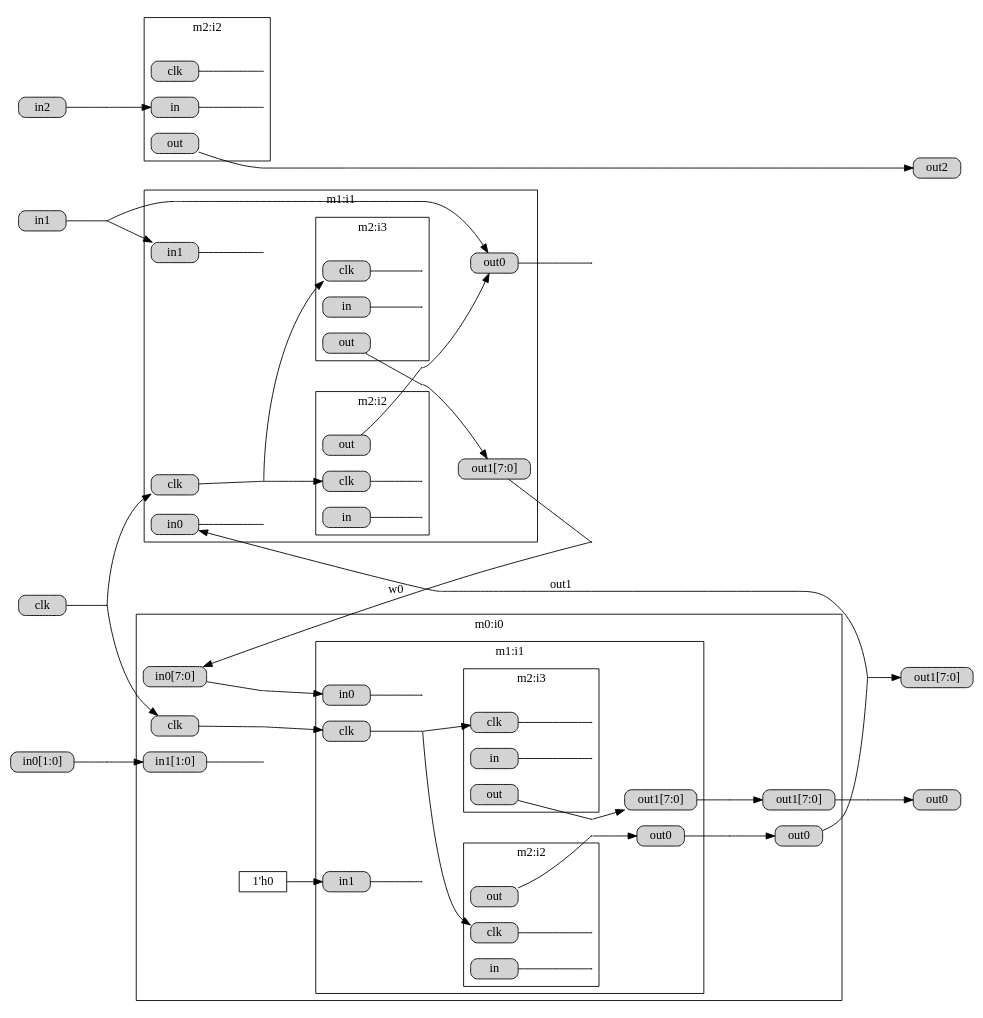
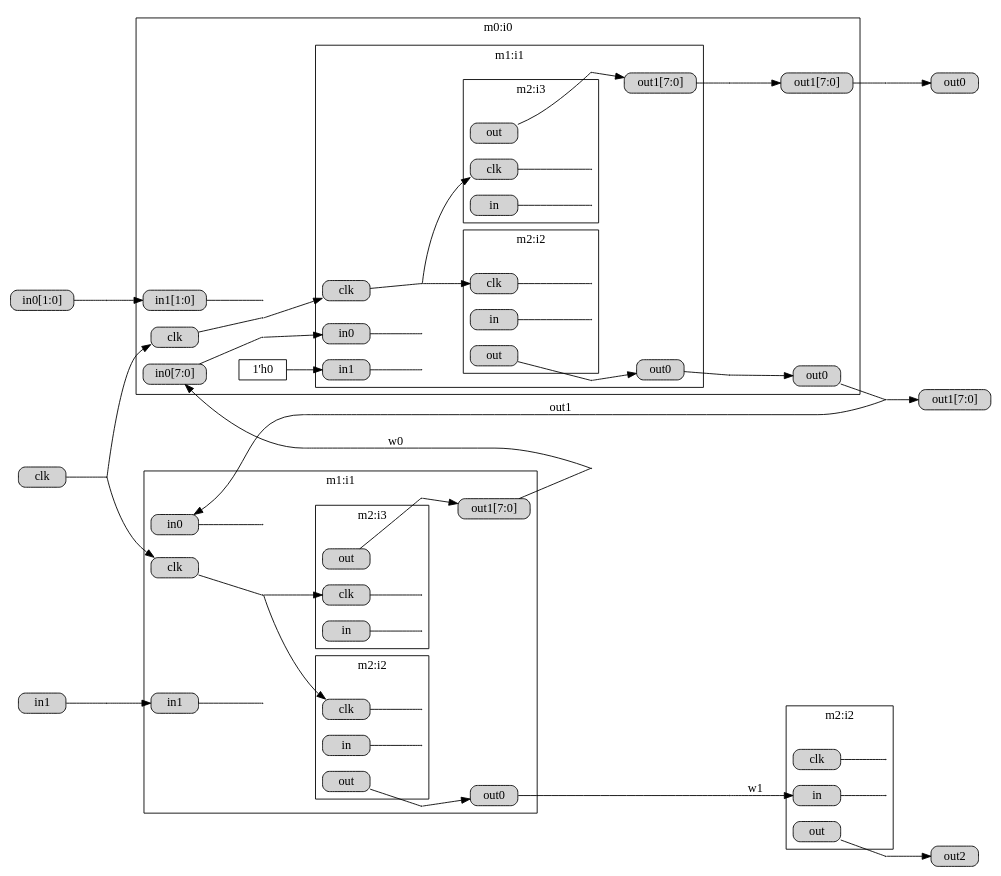
One commit to takata150802/netlistracer changed the diagram in out.dot. Above: the diagram before and after it, drawn with Graphviz.

Commit message:
[update] top.v

```diff
--- a/out.dot
+++ b/out.dot
@@ -1,178 +1,173 @@
 
 digraph {
     rankdir="LR";
     overlap = false;
     splines = true;
     node [shape = box, height=0.1];
     edge [labelfloat=false];
 
 subgraph cluster0 {
   graph [label = "m0:i0"];
 tmp0[width=0.0, height=0.0, shape=point];
 subgraph cluster1 {
   graph [label = "m1:i1"];
 tmp1[width=0.0, height=0.0, shape=point];
 subgraph cluster2 {
   graph [label = "m2:i2"];
 tmp2[width=0.0, height=0.0, shape=point];
 _i0_i1_i2_clk[label = "clk", style = "rounded,filled"];
 _i0_i1_i2_in[label = "in", style = "rounded,filled"];
 _i0_i1_i2_out[label = "out", style = "rounded,filled"];
 _i0_i1_i2_clk_input_br[width=0.01, height=0.01, shape=point];
 _i0_i1_i2_clk -> _i0_i1_i2_clk_input_br[dir = none];
 _i0_i1_i2_in_input_br[width=0.01, height=0.01, shape=point];
 _i0_i1_i2_in -> _i0_i1_i2_in_input_br[dir = none];
 }
 subgraph cluster3 {
   graph [label = "m2:i3"];
 tmp3[width=0.0, height=0.0, shape=point];
 _i0_i1_i3_clk[label = "clk", style = "rounded,filled"];
 _i0_i1_i3_in[label = "in", style = "rounded,filled"];
 _i0_i1_i3_out[label = "out", style = "rounded,filled"];
 _i0_i1_i3_clk_input_br[width=0.01, height=0.01, shape=point];
 _i0_i1_i3_clk -> _i0_i1_i3_clk_input_br[dir = none];
 _i0_i1_i3_in_input_br[width=0.01, height=0.01, shape=point];
 _i0_i1_i3_in -> _i0_i1_i3_in_input_br[dir = none];
 }
 _i0_i1_clk[label = "clk", style = "rounded,filled"];
 _i0_i1_in0[label = "in0", style = "rounded,filled"];
 _i0_i1_in1[label = "in1", style = "rounded,filled"];
 _i0_i1_out0[label = "out0", style = "rounded,filled"];
 _i0_i1_out1[label = "out1[7:0]", style = "rounded,filled"];
 _i0_i1_clk_input_br[width=0.01, height=0.01, shape=point];
 _i0_i1_clk -> _i0_i1_clk_input_br[dir = none];
 _i0_i1_in0_input_br[width=0.01, height=0.01, shape=point];
 _i0_i1_in0 -> _i0_i1_in0_input_br[dir = none];
 _i0_i1_in1_input_br[width=0.01, height=0.01, shape=point];
 _i0_i1_in1 -> _i0_i1_in1_input_br[dir = none];
 _i0_i1_i2_out_output_br[width=0.01, height=0.01, shape=point];
 _i0_i1_i2_out -> _i0_i1_i2_out_output_br[dir = none];
 _i0_i1_i2_out_output_br -> _i0_i1_out0[label = ""];
 _i0_i1_i3_out_output_br[width=0.01, height=0.01, shape=point];
 _i0_i1_i3_out -> _i0_i1_i3_out_output_br[dir = none];
 _i0_i1_i3_out_output_br -> _i0_i1_out1[label = ""];
 _i0_i1_clk_input_br -> _i0_i1_i2_clk[label = " "];
 _i0_i1_clk_input_br -> _i0_i1_i3_clk[label = " "];
 }
 _i0_clk[label = "clk", style = "rounded,filled"];
 _i0_in0[label = "in0[7:0]", style = "rounded,filled"];
 _i0_in1[label = "in1[1:0]", style = "rounded,filled"];
 _i0_out0[label = "out0", style = "rounded,filled"];
 _i0_out1[label = "out1[7:0]", style = "rounded,filled"];
 _i0_clk_input_br[width=0.01, height=0.01, shape=point];
 _i0_clk -> _i0_clk_input_br[dir = none];
 _i0_in0_input_br[width=0.01, height=0.01, shape=point];
 _i0_in0 -> _i0_in0_input_br[dir = none];
 _i0_in1_input_br[width=0.01, height=0.01, shape=point];
 _i0_in1 -> _i0_in1_input_br[dir = none];
 _i0_i1_out0_output_br[width=0.01, height=0.01, shape=point];
 _i0_i1_out0 -> _i0_i1_out0_output_br[dir = none];
 _i0_i1_out0_output_br -> _i0_out0[label = ""];
 _i0_i1_out1_output_br[width=0.01, height=0.01, shape=point];
 _i0_i1_out1 -> _i0_i1_out1_output_br[dir = none];
 _i0_i1_out1_output_br -> _i0_out1[label = ""];
 _i0_clk_input_br -> _i0_i1_clk[label = " "];
 _i0_in0_input_br -> _i0_i1_in0[label = " "];
 _i0_const_i1in1[label = "1'h0"];
 _i0_const_i1in1 -> _i0_i1_in1[label = " "];
 }
 subgraph cluster4 {
   graph [label = "m1:i1"];
 tmp4[width=0.0, height=0.0, shape=point];
 subgraph cluster5 {
   graph [label = "m2:i2"];
 tmp5[width=0.0, height=0.0, shape=point];
 _i1_i2_clk[label = "clk", style = "rounded,filled"];
 _i1_i2_in[label = "in", style = "rounded,filled"];
 _i1_i2_out[label = "out", style = "rounded,filled"];
 _i1_i2_clk_input_br[width=0.01, height=0.01, shape=point];
 _i1_i2_clk -> _i1_i2_clk_input_br[dir = none];
 _i1_i2_in_input_br[width=0.01, height=0.01, shape=point];
 _i1_i2_in -> _i1_i2_in_input_br[dir = none];
 }
 subgraph cluster6 {
   graph [label = "m2:i3"];
 tmp6[width=0.0, height=0.0, shape=point];
 _i1_i3_clk[label = "clk", style = "rounded,filled"];
 _i1_i3_in[label = "in", style = "rounded,filled"];
 _i1_i3_out[label = "out", style = "rounded,filled"];
 _i1_i3_clk_input_br[width=0.01, height=0.01, shape=point];
 _i1_i3_clk -> _i1_i3_clk_input_br[dir = none];
 _i1_i3_in_input_br[width=0.01, height=0.01, shape=point];
 _i1_i3_in -> _i1_i3_in_input_br[dir = none];
 }
 _i1_clk[label = "clk", style = "rounded,filled"];
 _i1_in0[label = "in0", style = "rounded,filled"];
 _i1_in1[label = "in1", style = "rounded,filled"];
 _i1_out0[label = "out0", style = "rounded,filled"];
 _i1_out1[label = "out1[7:0]", style = "rounded,filled"];
 _i1_clk_input_br[width=0.01, height=0.01, shape=point];
 _i1_clk -> _i1_clk_input_br[dir = none];
 _i1_in0_input_br[width=0.01, height=0.01, shape=point];
 _i1_in0 -> _i1_in0_input_br[dir = none];
 _i1_in1_input_br[width=0.01, height=0.01, shape=point];
 _i1_in1 -> _i1_in1_input_br[dir = none];
 _i1_i2_out_output_br[width=0.01, height=0.01, shape=point];
 _i1_i2_out -> _i1_i2_out_output_br[dir = none];
 _i1_i2_out_output_br -> _i1_out0[label = ""];
 _i1_i3_out_output_br[width=0.01, height=0.01, shape=point];
 _i1_i3_out -> _i1_i3_out_output_br[dir = none];
 _i1_i3_out_output_br -> _i1_out1[label = ""];
 _i1_clk_input_br -> _i1_i2_clk[label = " "];
 _i1_clk_input_br -> _i1_i3_clk[label = " "];
 }
 subgraph cluster7 {
   graph [label = "m2:i2"];
 tmp7[width=0.0, height=0.0, shape=point];
 _i2_clk[label = "clk", style = "rounded,filled"];
 _i2_in[label = "in", style = "rounded,filled"];
 _i2_out[label = "out", style = "rounded,filled"];
 _i2_clk_input_br[width=0.01, height=0.01, shape=point];
 _i2_clk -> _i2_clk_input_br[dir = none];
 _i2_in_input_br[width=0.01, height=0.01, shape=point];
 _i2_in -> _i2_in_input_br[dir = none];
 }
 _clk[label = "clk", style = "rounded,filled"];
 _in0[label = "in0[1:0]", style = "rounded,filled"];
 _in1[label = "in1", style = "rounded,filled"];
-_in2[label = "in2", style = "rounded,filled"];
 _out0[label = "out0", style = "rounded,filled"];
 _out1[label = "out1[7:0]", style = "rounded,filled"];
 _out2[label = "out2", style = "rounded,filled"];
 _clk_input_br[width=0.01, height=0.01, shape=point];
 _clk -> _clk_input_br[dir = none];
 _in0_input_br[width=0.01, height=0.01, shape=point];
 _in0 -> _in0_input_br[dir = none];
 _in1_input_br[width=0.01, height=0.01, shape=point];
 _in1 -> _in1_input_br[dir = none];
-_in2_input_br[width=0.01, height=0.01, shape=point];
-_in2 -> _in2_input_br[dir = none];
 _i0_out0_output_br[width=0.01, height=0.01, shape=point];
 _i0_out0 -> _i0_out0_output_br[dir = none];
 _i0_out0_output_br -> _out1[label = ""];
 _i0_out1_output_br[width=0.01, height=0.01, shape=point];
 _i0_out1 -> _i0_out1_output_br[dir = none];
 _i0_out1_output_br -> _out0[label = ""];
 _i1_out0_output_br[width=0.01, height=0.01, shape=point];
 _i1_out0 -> _i1_out0_output_br[dir = none];
 _i1_out1_output_br[width=0.01, height=0.01, shape=point];
 _i1_out1 -> _i1_out1_output_br[dir = none];
 _i2_out_output_br[width=0.01, height=0.01, shape=point];
 _i2_out -> _i2_out_output_br[dir = none];
 _i2_out_output_br -> _out2[label = ""];
 _clk_input_br -> _i0_clk[label = " "];
 _i1_out1_output_br -> _i0_in0[label = "w0"];
 _in0_input_br -> _i0_in1[label = " "];
 _clk_input_br -> _i1_clk[label = " "];
 _i0_out0_output_br -> _i1_in0[label = "out1"];
 _in1_input_br -> _i1_in1[label = " "];
-_in1_input_br -> _i1_out0[label = " "];
-_in2_input_br -> _i2_in[label = " "];
+_i1_out0_output_br -> _i2_in[label = "w1"];
 {rank = min; _clk;}
 {rank = min; _in0;}
 {rank = min; _in1;}
-{rank = min; _in2;}
 {rank = max; _out0;}
 {rank = max; _out1;}
 {rank = max; _out2;}
 }
```
